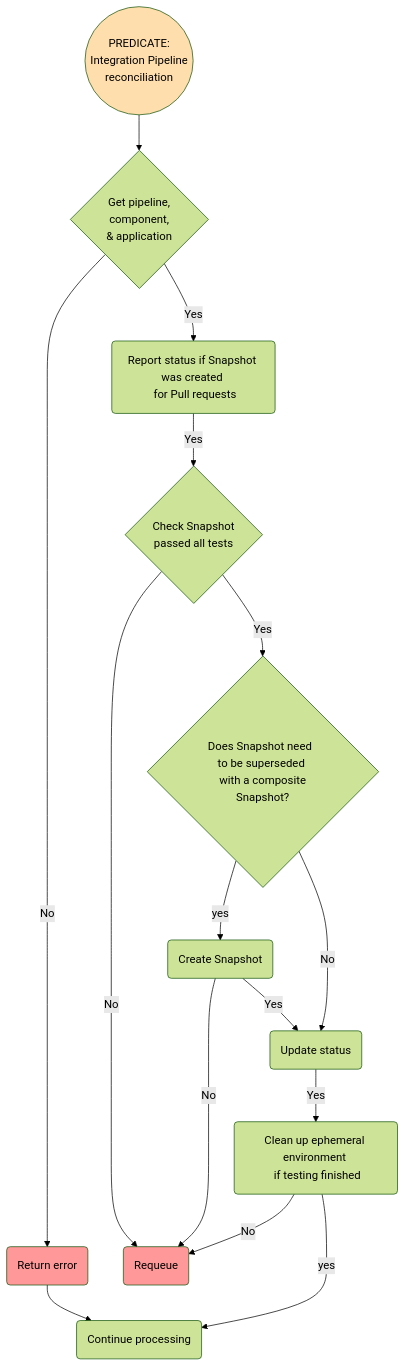
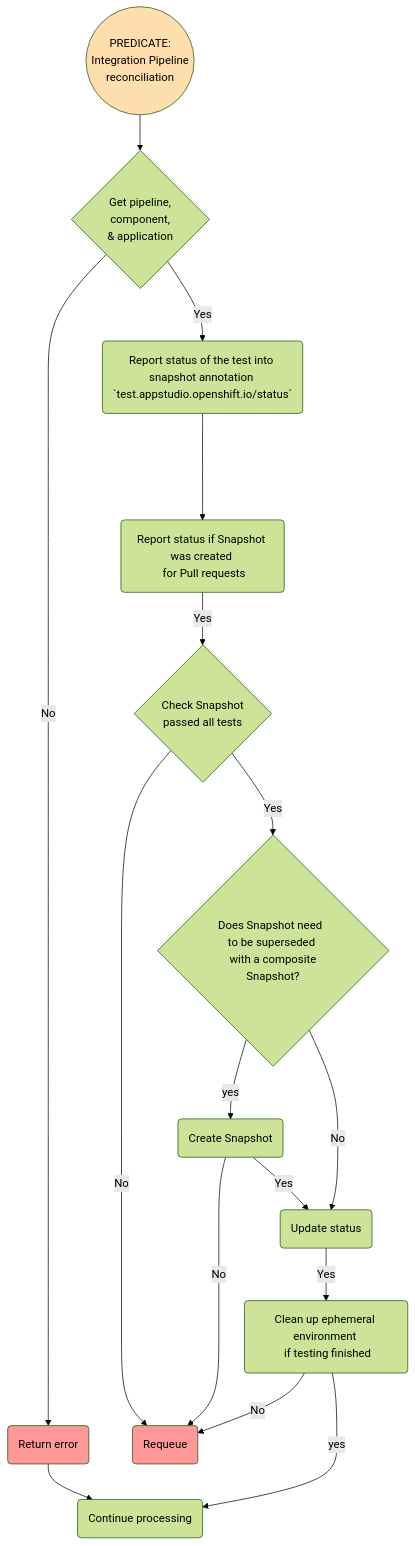
Before and after one commit to konflux-ci/integration-service: the diagram in docs/integration_pipeline_controller.md, drawn with Mermaid. The commit also changed 12 other files, not shown here.

First line of the commit message:
feat(STONEINTG-523): report status of integration tests into snapshot

````diff
--- a/docs/integration_pipeline_controller.md
+++ b/docs/integration_pipeline_controller.md
@@ -3,43 +3,45 @@
 ```mermaid
 
 %%{init: {'theme':'forest'}}%%
 flowchart TD
   %% Defining the styles
   classDef Red fill:#FF9999;
   classDef Amber fill:#FFDEAD;
   classDef Green fill:#BDFFA4;
 
   %% Node definitions
   predicate((PREDICATE: <br>Integration Pipeline <br> reconciliation))
   get_resources{Get pipeline, <br> component, <br> & application}
+  report_status_snapshot(Report status of the test into snapshot annotation `test.appstudio.openshift.io/status`)
   report_status(Report status if Snapshot was created <br> for Pull requests)
   check_tests{Check Snapshot <br> passed all tests}
-  check_supersede{Does Snapshot need  <br>to be superseded <br> with a composite Snapshot?}  
+  check_supersede{Does Snapshot need  <br>to be superseded <br> with a composite Snapshot?}
   create_snapshot(Create Snapshot)
   update_status(Update status)
   clean_environment(Clean up ephemeral environment <br> if testing finished)
   error(Return error)
   requeue(Requeue)
   continue(Continue processing)
 
   %% Node connections
   predicate                                   --> get_resources
   get_resources     --No                      --> error
-  get_resources     --Yes                     --> report_status
+  get_resources     --Yes                     --> report_status_snapshot
+  report_status_snapshot                    ----> report_status
   report_status     --Yes                     --> check_tests
   check_tests       --No                      --> requeue
-  check_tests       --Yes                     --> check_supersede 
+  check_tests       --Yes                     --> check_supersede
   check_supersede   --yes                     --> create_snapshot
   create_snapshot   --No                      --> requeue
   update_status     --Yes                     --> clean_environment
   check_supersede   --No                      --> update_status
   create_snapshot   --Yes                     --> update_status
   clean_environment --No                      --> requeue
   clean_environment --yes                     ---> continue
-  error                                       --> continue                                  
-  
+  error                                       --> continue
+
   %% Assigning styles to nodes
   class predicate Amber;
   class error,requeue Red;
 
   ```
````
